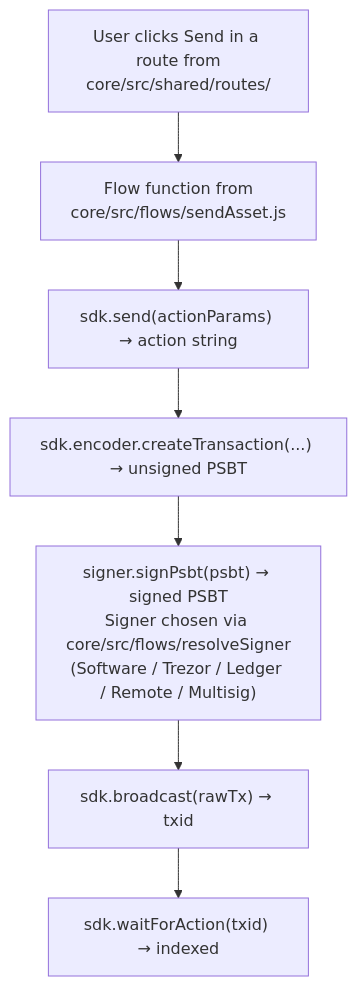
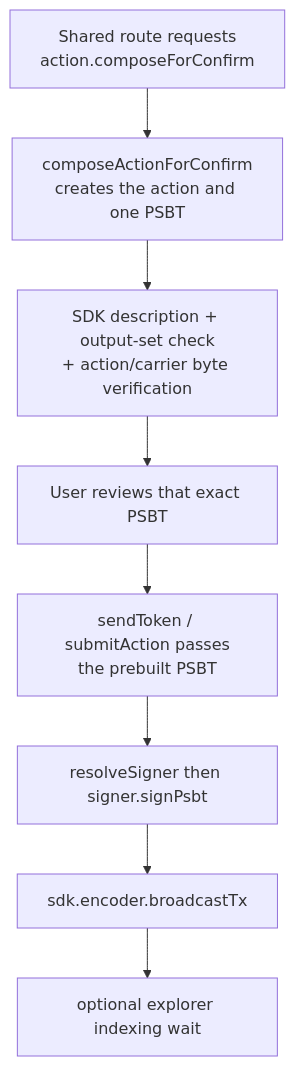
Before and after one commit to XChain-Platform/xchain-documentation: the second of 2 diagrams in components/wallet/architecture.md, drawn with Mermaid. The commit also changed other lines of this file, not shown here.

Commit message:
Document current wallet architecture

````diff
--- a/components/wallet/architecture.md
+++ b/components/wallet/architecture.md
@@ -118,12 +130,13 @@
 ```mermaid
 flowchart TD
-    CLICK["User clicks Send in a route from<br>core/src/shared/routes/"]
-    FLOW["Flow function from<br>core/src/flows/sendAsset.js"]
-    SEND["sdk.send(actionParams) → action string"]
-    CREATE["sdk.encoder.createTransaction(...) → unsigned PSBT"]
-    SIGN["signer.signPsbt(psbt) → signed PSBT<br>Signer chosen via core/src/flows/resolveSigner<br>(Software / Trezor / Ledger / Remote / Multisig)"]
-    BROADCAST["sdk.broadcast(rawTx) → txid"]
-    WAIT["sdk.waitForAction(txid) → indexed"]
+    CLICK["Shared route requests<br>action.composeForConfirm"]
+    COMPOSE["composeActionForConfirm<br>creates the action and one PSBT"]
+    CHECK["SDK description + output-set check<br>+ action/carrier byte verification"]
+    REVIEW["User reviews that exact PSBT"]
+    SUBMIT["sendToken / submitAction passes<br>the prebuilt PSBT"]
+    SIGN["resolveSigner then signer.signPsbt"]
+    BROADCAST["sdk.encoder.broadcastTx"]
+    WAIT["optional explorer indexing wait"]
 
-    CLICK --> FLOW --> SEND --> CREATE --> SIGN --> BROADCAST --> WAIT
+    CLICK --> COMPOSE --> CHECK --> REVIEW --> SUBMIT --> SIGN --> BROADCAST --> WAIT
 ```
````
